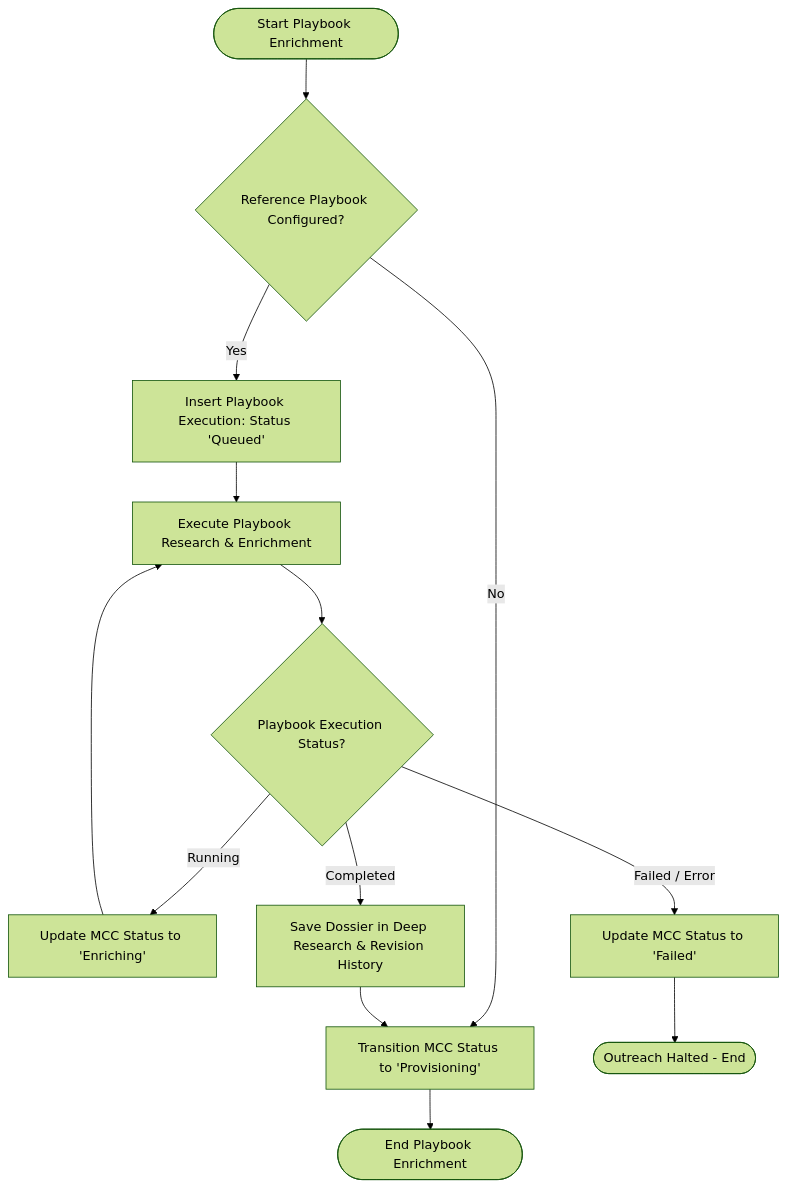
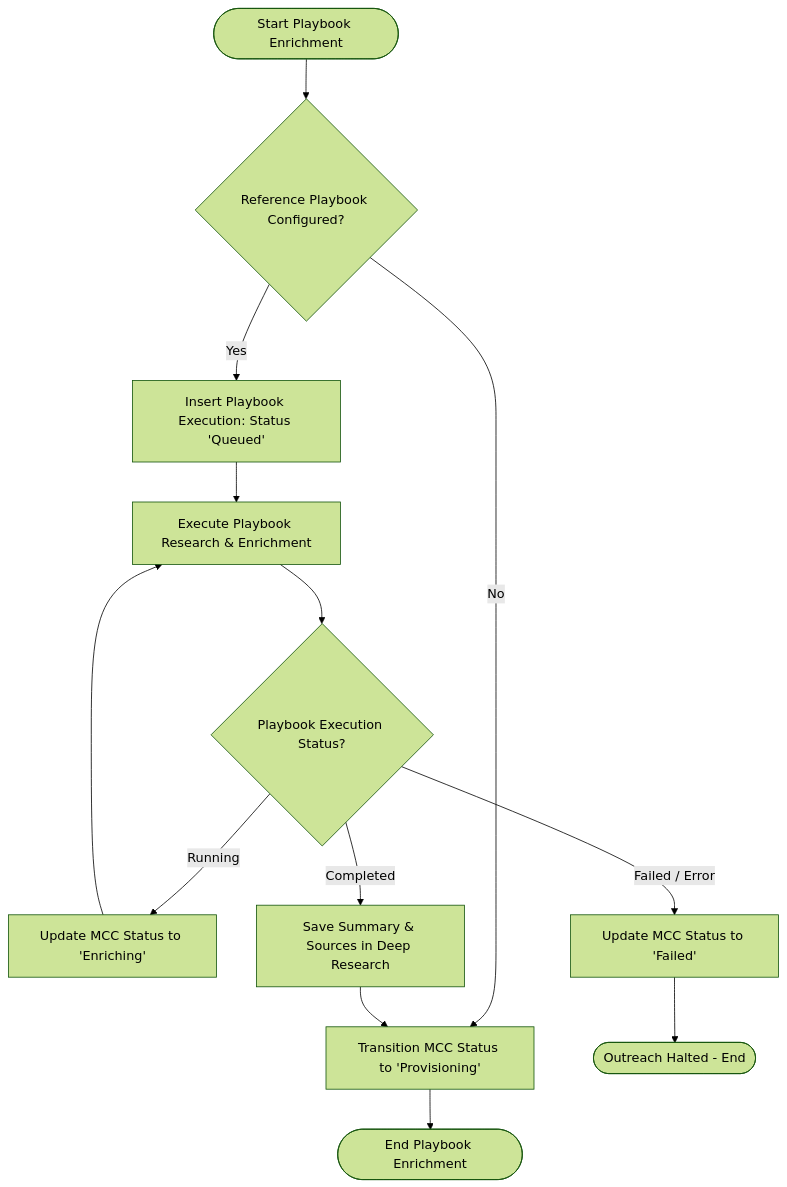
The diagram in docs/architecture/bpmn/04-playbook-enrichment.md (aurumorcom/frappe-cadence), drawn with Mermaid (forest theme) before and after one commit. The commit also changed other lines of this file and 6 other files, not shown here.

````diff
--- a/docs/architecture/bpmn/04-playbook-enrichment.md
+++ b/docs/architecture/bpmn/04-playbook-enrichment.md
@@ -5,19 +5,19 @@
 ```mermaid
 flowchart TD
     Start([Start Playbook Enrichment]) --> CheckPlaybook{Reference Playbook Configured?}
     
     CheckPlaybook -- No --> SkipPlaybook[Transition MCC Status to 'Provisioning']
     CheckPlaybook -- Yes --> CreatePlaybookExecution[Insert Playbook Execution: Status 'Queued']
     
     CreatePlaybookExecution --> RunPlaybook[Execute Playbook Research & Enrichment]
     RunPlaybook --> PlaybookResult{Playbook Execution Status?}
     
     PlaybookResult -- Running --> SetEnriching[Update MCC Status to 'Enriching']
     PlaybookResult -- Failed / Error --> SetMCCFailed[Update MCC Status to 'Failed']
-    PlaybookResult -- Completed --> SaveResearchContext[Save Dossier in Deep Research & Revision History]
+    PlaybookResult -- Completed --> SaveResearchContext[Save Summary & Sources in Deep Research]
     
     SetEnriching --> RunPlaybook
     SetMCCFailed --> TerminateEnrichment([Outreach Halted - End])
     SaveResearchContext --> SkipPlaybook
     SkipPlaybook --> End([End Playbook Enrichment])
 ```
````
